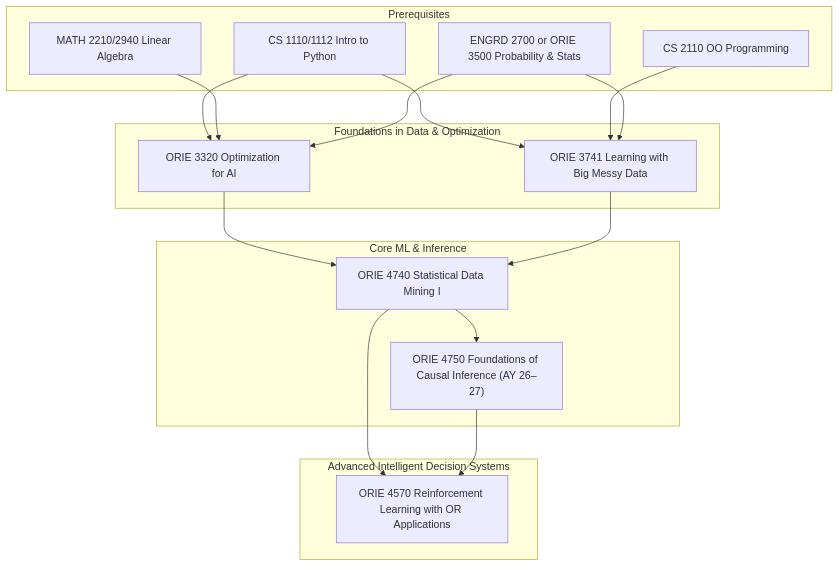
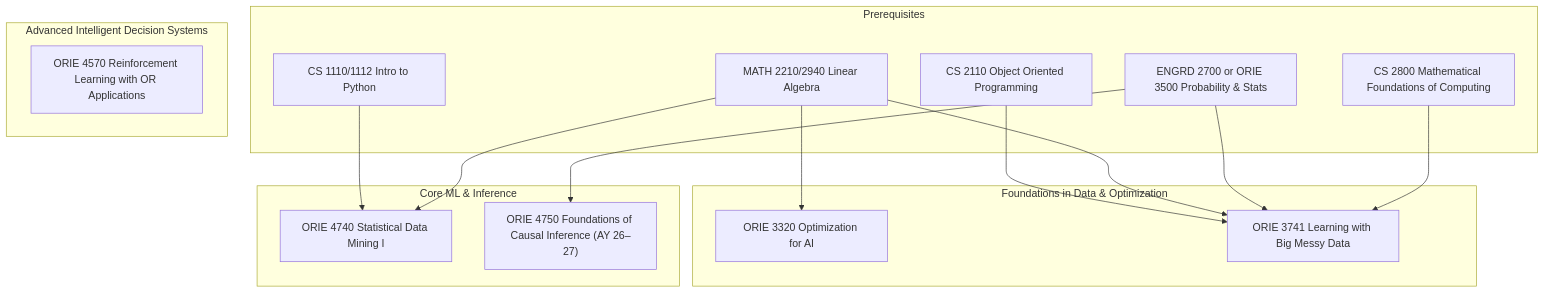
Before and after one commit to jmyphn/engineering-wiki: the diagram in oriedatadecisions.md, drawn with Mermaid. The commit also changed 3 other files, not shown here.

Commit message:
flow chart updates

````diff
--- a/oriedatadecisions.md
+++ b/oriedatadecisions.md
@@ -14,42 +14,40 @@
 ```mermaid
 flowchart TD
 
   %% ===== PREREQS =====
   subgraph A1[Prerequisites]
     A1a[CS 1110/1112 Intro to Python]
-    A1b[CS 2110 OO Programming]
+    A1b[CS 2110 Object Oriented Programming]
     A1c[MATH 2210/2940 Linear Algebra]
     A1d[ENGRD 2700 or ORIE 3500 Probability & Stats]
+    A1e[CS 2800 Mathematical Foundations of Computing]
   end
 
   %% ===== FOUNDATIONS =====
   subgraph B1[Foundations in Data & Optimization]
     B1a[ORIE 3320 Optimization for AI]
     B1b[ORIE 3741 Learning with Big Messy Data]
   end
 
   %% ===== CORE METHODS =====
   subgraph C1[Core ML & Inference]
     C1a[ORIE 4740 Statistical Data Mining I]
     C1b["ORIE 4750 Foundations of Causal Inference (AY 26–27)"]
   end
 
   %% ===== ADVANCED DECISION SYSTEMS =====
   subgraph D1[Advanced Intelligent Decision Systems]
     D1a[ORIE 4570 Reinforcement Learning with OR Applications]
   end
 
   %% ===== PATH LINKS =====
-  A1a --> B1b
-  A1a --> B1a
   A1b --> B1b
+  A1c --> B1b
   A1c --> B1a
-  A1d --> B1a
   A1d --> B1b
+  A1e --> B1b
+  A1a --> C1a
+  A1c --> C1a
+  A1d --> C1b
 
-  B1a --> C1a
-  B1b --> C1a
-  C1a --> C1b
-  C1a --> D1a
-  C1b --> D1a
 ```
````
